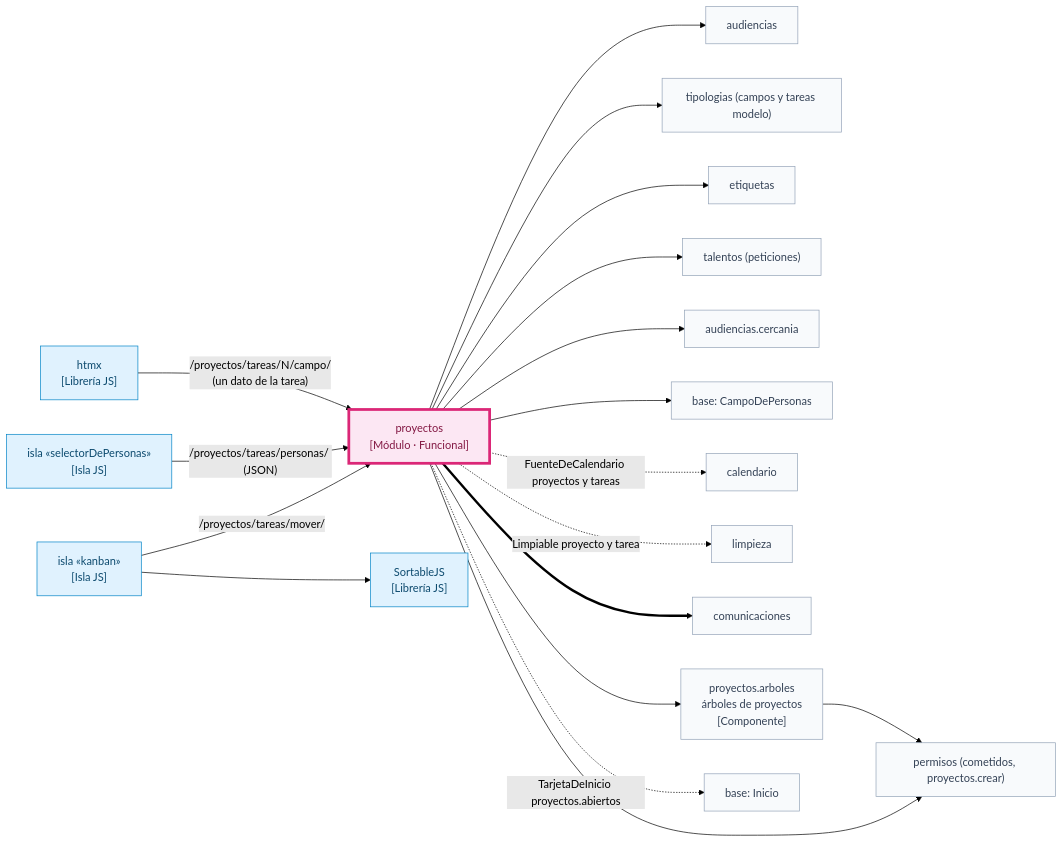
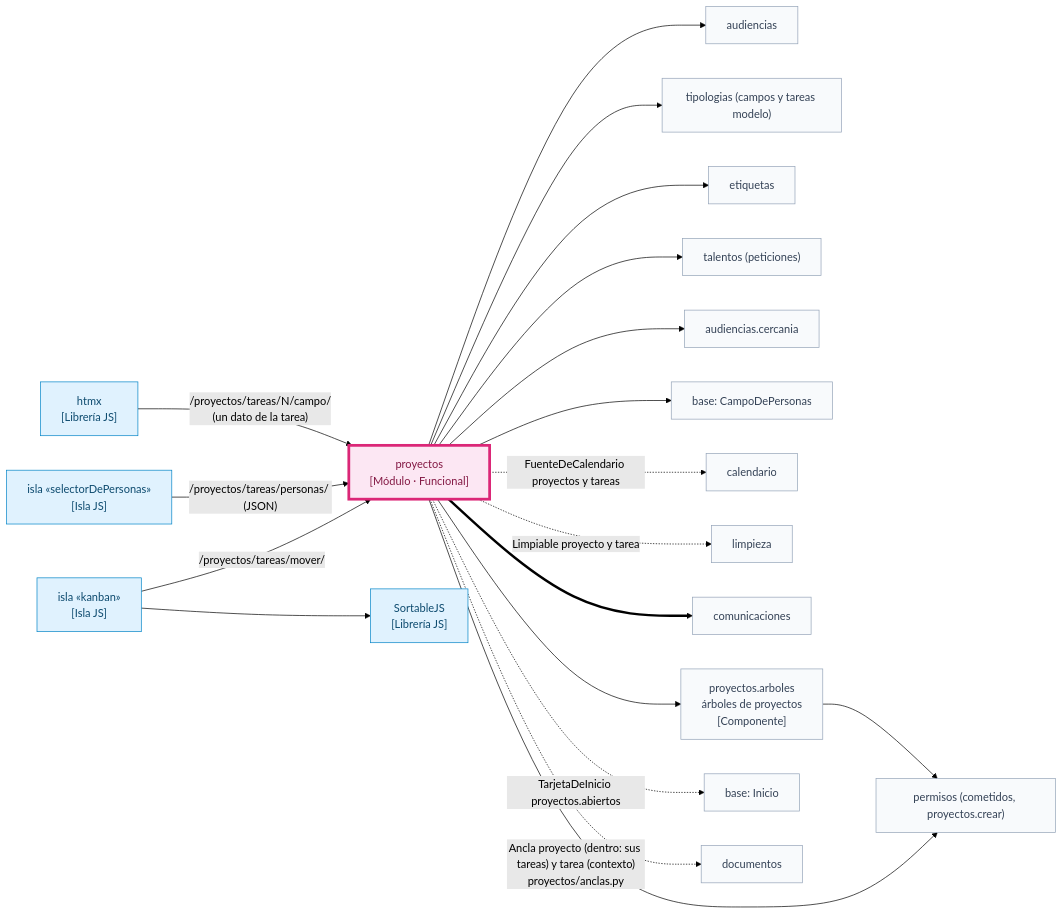
Diagram 22 of 40 in docs/arquitectura.md (chemabc/groupy), drawn with Mermaid (forest theme) before and after one commit. The commit also changed other lines of this file and 46 other files, not shown here.

First line of the commit message:
Archivos, enlaces y papelera en documentos; documentos en tareas, debates y consultas

````diff
--- a/docs/arquitectura.md
+++ b/docs/arquitectura.md
@@ -719,40 +721,42 @@
 ```mermaid
 flowchart LR
   classDef yo fill:#fce7f3,stroke:#db2777,stroke-width:4px,color:#831843
   classDef otro fill:#f8fafc,stroke:#94a3b8,color:#334155
   classDef libjs fill:#e0f2fe,stroke:#0284c7,color:#0c4a6e
   pro["proyectos<br/>[Módulo · Funcional]"]:::yo
   aud["audiencias"]:::otro
   per["permisos (cometidos, proyectos.crear)"]:::otro
   tip["tipologias (campos y tareas modelo)"]:::otro
   eti["etiquetas"]:::otro
   tal["talentos (peticiones)"]:::otro
   kan["isla «kanban»<br/>[Isla JS]"]:::libjs
   sor["SortableJS<br/>[Librería JS]"]:::libjs
   selp["isla «selectorDePersonas»<br/>[Isla JS]"]:::libjs
   cerca["audiencias.cercania"]:::otro
   bas["base: CampoDePersonas"]:::otro
   cal["calendario"]:::otro
   lim["limpieza"]:::otro
   com["comunicaciones"]:::otro
   pro --> aud
   pro --> per
   pro --> tip
   pro --> eti
   pro --> tal
   kan -- "/proyectos/tareas/mover/" --> pro
   kan --> sor
   pro --> cerca
   pro --> bas
   selp -- "/proyectos/tareas/personas/ (JSON)" --> pro
   htmx["htmx<br/>[Librería JS]"]:::libjs
   htmx -- "/proyectos/tareas/N/campo/<br/>(un dato de la tarea)" --> pro
   pro -. "FuenteDeCalendario proyectos y tareas" .-> cal
   pro -. "Limpiable proyecto y tarea" .-> lim
   pro ==> com
   arbp["proyectos.arboles<br/>árboles de proyectos<br/>[Componente]"]:::otro
   arbp --> per
   pro --> arbp
   ini["base: Inicio"]:::otro
   pro -. "TarjetaDeInicio proyectos.abiertos" .-> ini
+  docs["documentos"]:::otro
+  pro -. "Ancla proyecto (dentro: sus tareas) y tarea (contexto)<br/>proyectos/anclas.py" .-> docs
 ```
````
